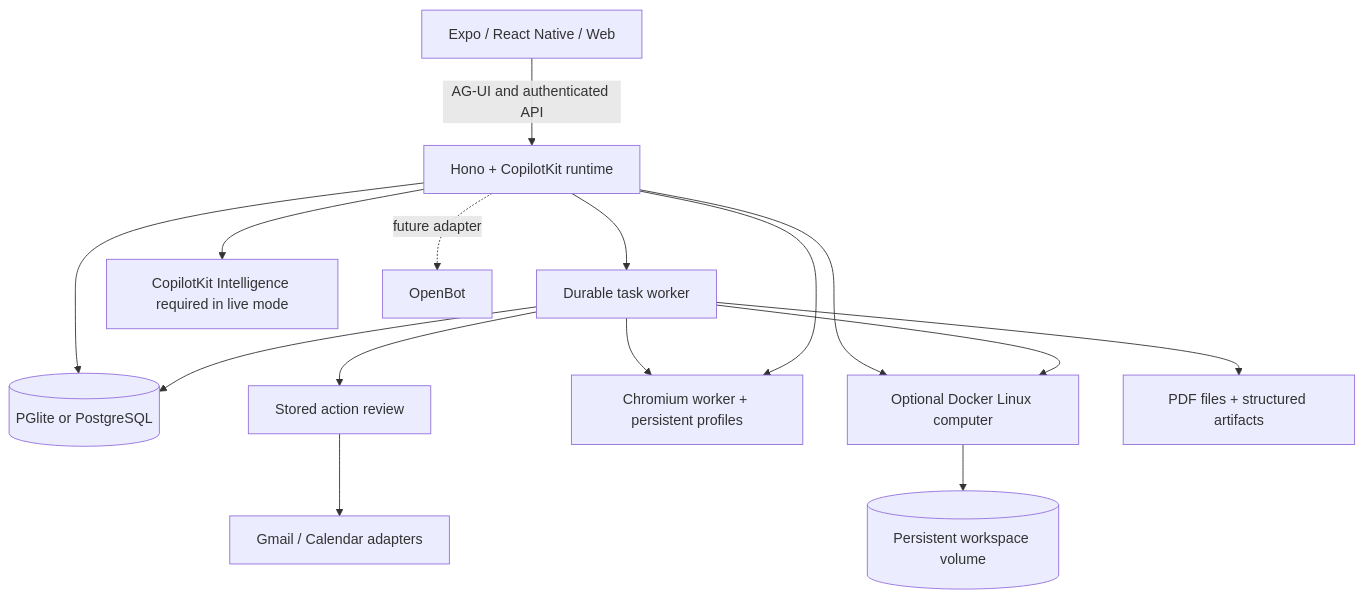
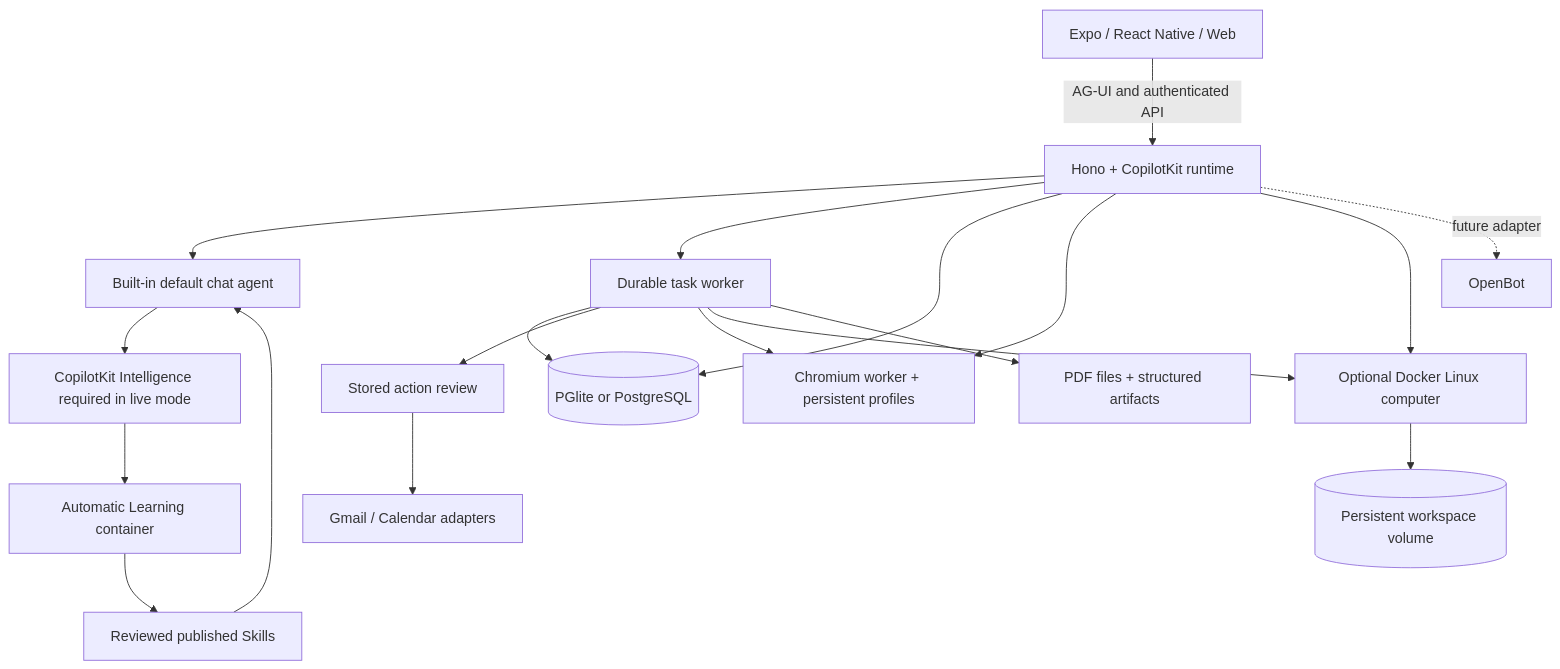
One commit to CopilotKit/openmuse changed the diagram in README.md. Above: the diagram before and after it, drawn with Mermaid. The commit also changed other lines of this file and 6 other files, not shown here.

Commit message:
docs: add the Automatic Learning workflow

````diff
--- a/README.md
+++ b/README.md
@@ -143,17 +147,21 @@
 ```mermaid
 flowchart TD
   Client[Expo / React Native / Web] -->|AG-UI and authenticated API| API[Hono + CopilotKit runtime]
+  API --> BuiltInChat[Built-in default chat agent]
   API --> Tasks[Durable task worker]
-  API --> Threads[CopilotKit Intelligence required in live mode]
+  BuiltInChat --> Threads[CopilotKit Intelligence required in live mode]
+  Threads --> Learning[Automatic Learning container]
+  Learning --> Skills[Reviewed published Skills]
+  Skills --> BuiltInChat
   API --> Store[(PGlite or PostgreSQL)]
   Tasks --> Store
   Tasks --> Review[Stored action review]
   Review --> Google[Gmail / Calendar adapters]
   Tasks --> Browser[Chromium worker + persistent profiles]
   API --> Browser
   API --> Computer[Optional Docker Linux computer]
   Tasks --> Computer
   Computer --> Volume[(Persistent workspace volume)]
   Tasks --> Files[PDF files + structured artifacts]
   API -. future adapter .-> OpenBot[OpenBot]
 ```
````
